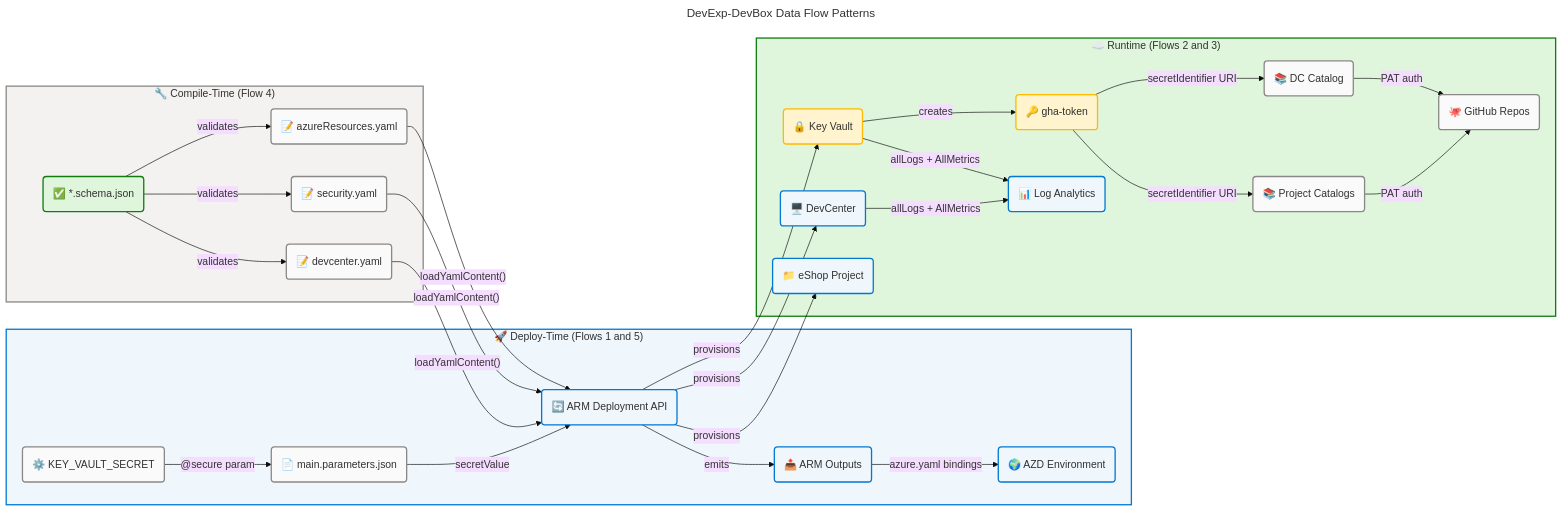
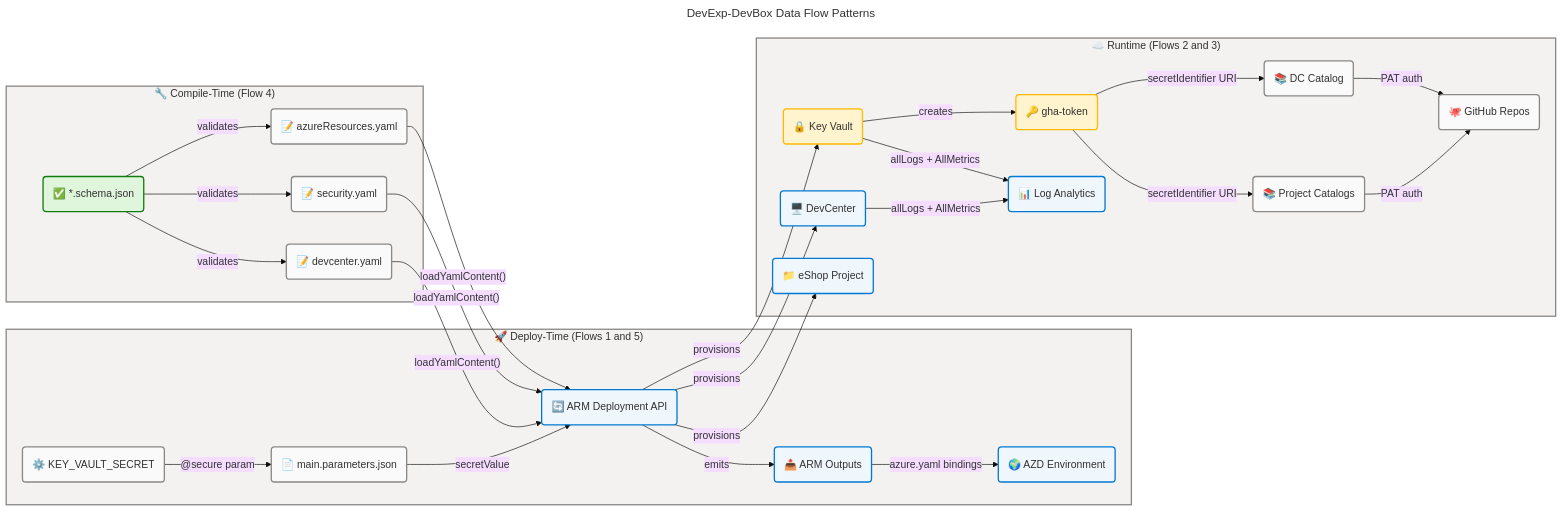
Before and after one commit to Evilazaro/DevExp-DevBox: the fourth of 5 diagrams in docs/architecture/data-architecture.md, drawn with Mermaid. The commit also changed other lines of this file and 2 other files, not shown here.

Commit message:
refactor: Update Mermaid diagram styles for improved visual consistency across architecture documents

````diff
--- a/docs/architecture/data-architecture.md
+++ b/docs/architecture/data-architecture.md
@@ -1066,8 +1065,7 @@
     classDef warning fill:#FFF4CE,stroke:#FFB900,stroke-width:2px,color:#323130
     classDef neutral fill:#FAFAFA,stroke:#8A8886,stroke-width:2px,color:#323130
 
-    %% Subgraph style directives (MRM-C001: functional siblings use distinct semantic colors)
     style compiletime fill:#F3F2F1,stroke:#8A8886,stroke-width:2px,color:#323130
-    style deploy fill:#EFF6FC,stroke:#0078D4,stroke-width:2px,color:#323130
-    style runtime fill:#DFF6DD,stroke:#107C10,stroke-width:2px,color:#323130
+    style deploy fill:#F3F2F1,stroke:#8A8886,stroke-width:2px,color:#323130
+    style runtime fill:#F3F2F1,stroke:#8A8886,stroke-width:2px,color:#323130
 ```
````
